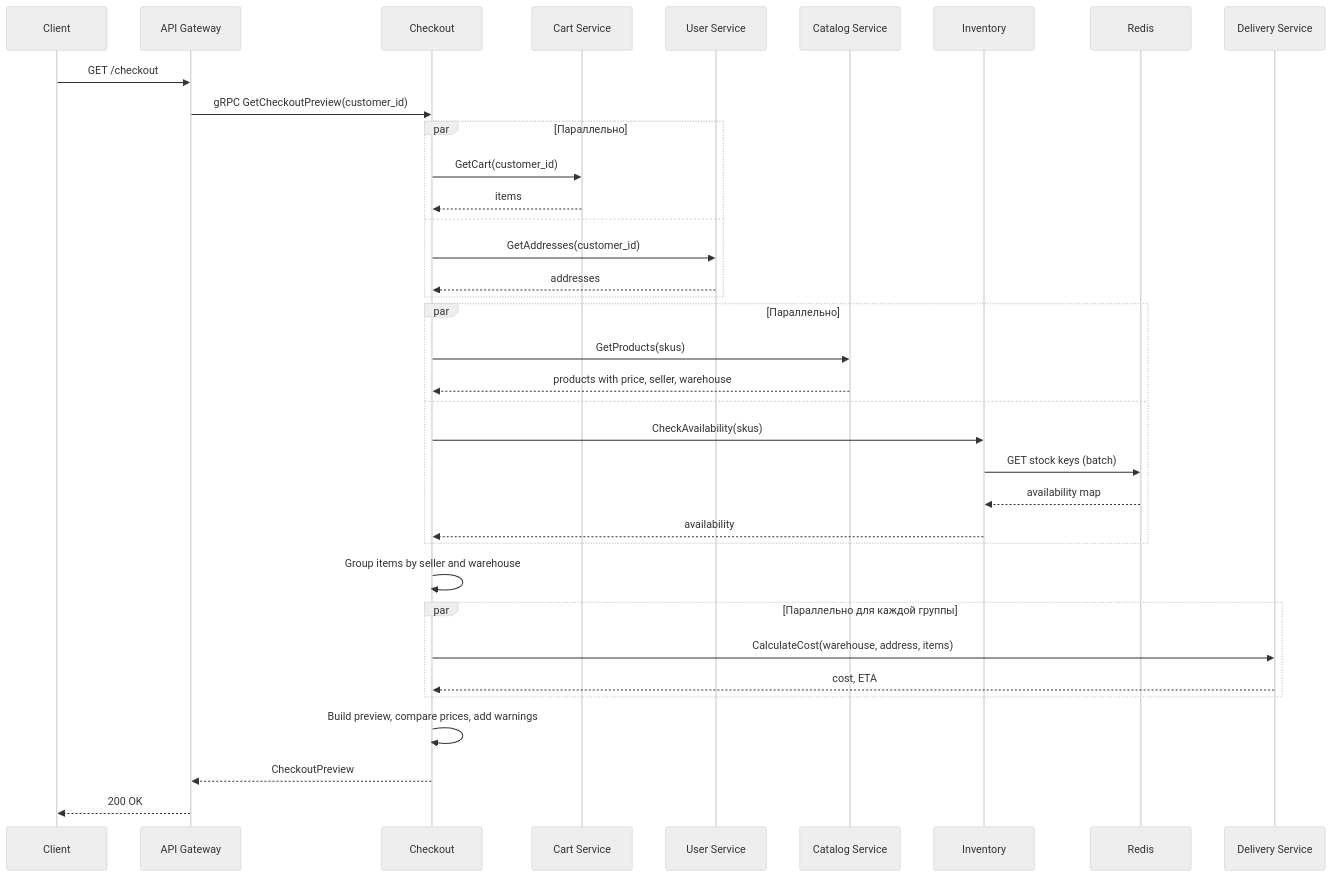
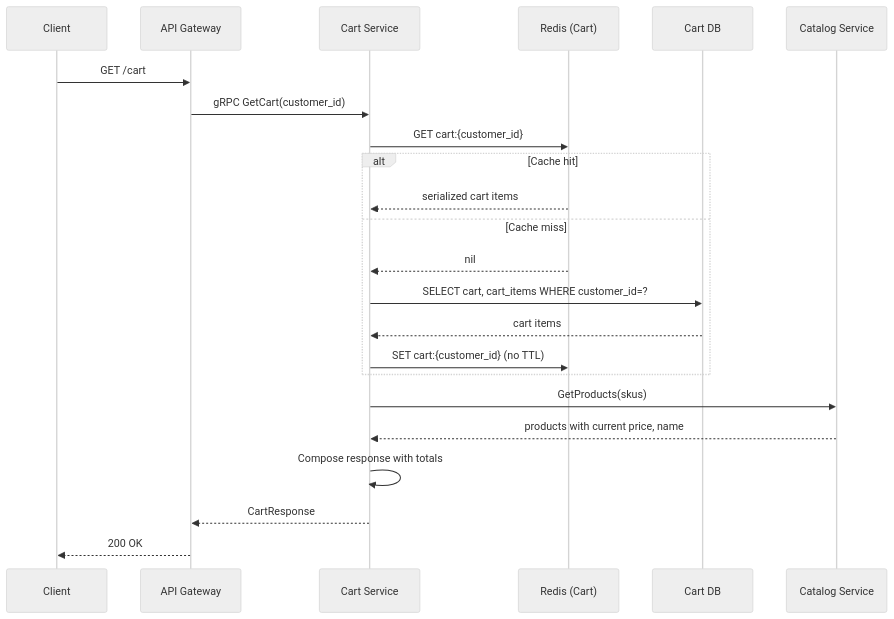
One commit to Unbiscuit/dev_sol changed the sixth of 10 diagrams in marketplace-order-solution.md. Above: the diagram before and after it, drawn with Mermaid (neutral theme). The commit also changed other lines of this file, not shown here.

````diff
--- a/marketplace-order-solution.md
+++ b/marketplace-order-solution.md
@@ -418,44 +478,28 @@
 ```mermaid
 sequenceDiagram
     participant Client
     participant Gateway as API Gateway
-    participant Checkout
     participant Cart as Cart Service
-    participant User as User Service
+    participant CartRedis as Redis (Cart)
+    participant CartDB as Cart DB
     participant Catalog as Catalog Service
-    participant Inventory
-    participant InvRedis as Redis
-    participant Delivery as Delivery Service
 
-    Client->>Gateway: GET /checkout
-    Gateway->>Checkout: gRPC GetCheckoutPreview(customer_id)
+    Client->>Gateway: GET /cart
+    Gateway->>Cart: gRPC GetCart(customer_id)
 
-    par Параллельно
-        Checkout->>Cart: GetCart(customer_id)
-        Cart-->>Checkout: items
-    and
-        Checkout->>User: GetAddresses(customer_id)
-        User-->>Checkout: addresses
+    Cart->>CartRedis: GET cart:{customer_id}
+    alt Cache hit
+        CartRedis-->>Cart: serialized cart items
+    else Cache miss
+        CartRedis-->>Cart: nil
+        Cart->>CartDB: SELECT cart, cart_items WHERE customer_id=?
+        CartDB-->>Cart: cart items
+        Cart->>CartRedis: SET cart:{customer_id} (no TTL)
     end
 
-    par Параллельно
-        Checkout->>Catalog: GetProducts(skus)
-        Catalog-->>Checkout: products with price, seller, warehouse
-    and
-        Checkout->>Inventory: CheckAvailability(skus)
-        Inventory->>InvRedis: GET stock keys (batch)
-        InvRedis-->>Inventory: availability map
-        Inventory-->>Checkout: availability
-    end
-
-    Checkout->>Checkout: Group items by seller and warehouse
-
-    par Параллельно для каждой группы
-        Checkout->>Delivery: CalculateCost(warehouse, address, items)
-        Delivery-->>Checkout: cost, ETA
-    end
-
-    Checkout->>Checkout: Build preview, compare prices, add warnings
-    Checkout-->>Gateway: CheckoutPreview
+    Cart->>Catalog: GetProducts(skus)
+    Catalog-->>Cart: products with current price, name
+    Cart->>Cart: Compose response with totals
+    Cart-->>Gateway: CartResponse
     Gateway-->>Client: 200 OK
 ```
````
